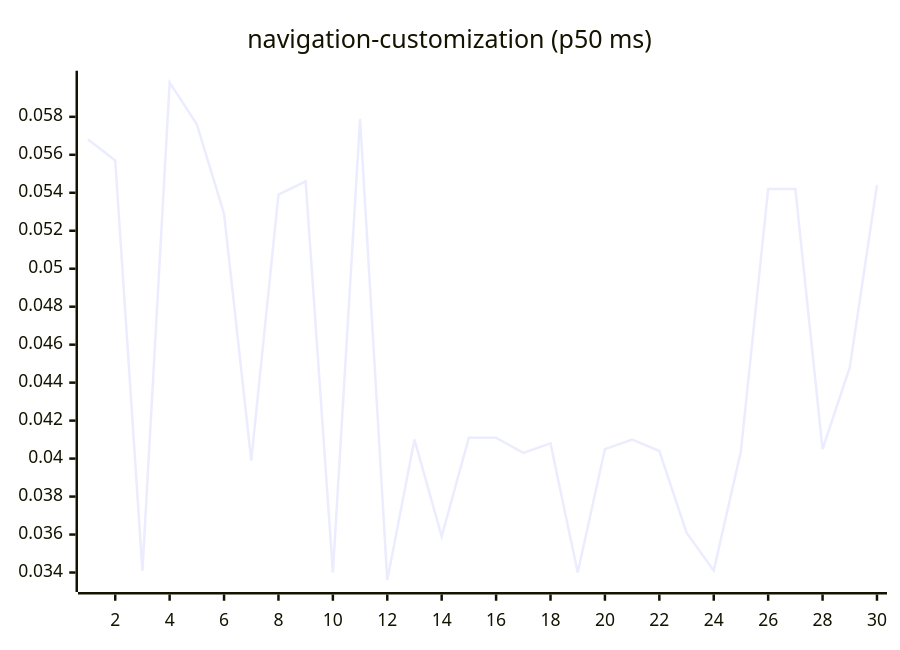
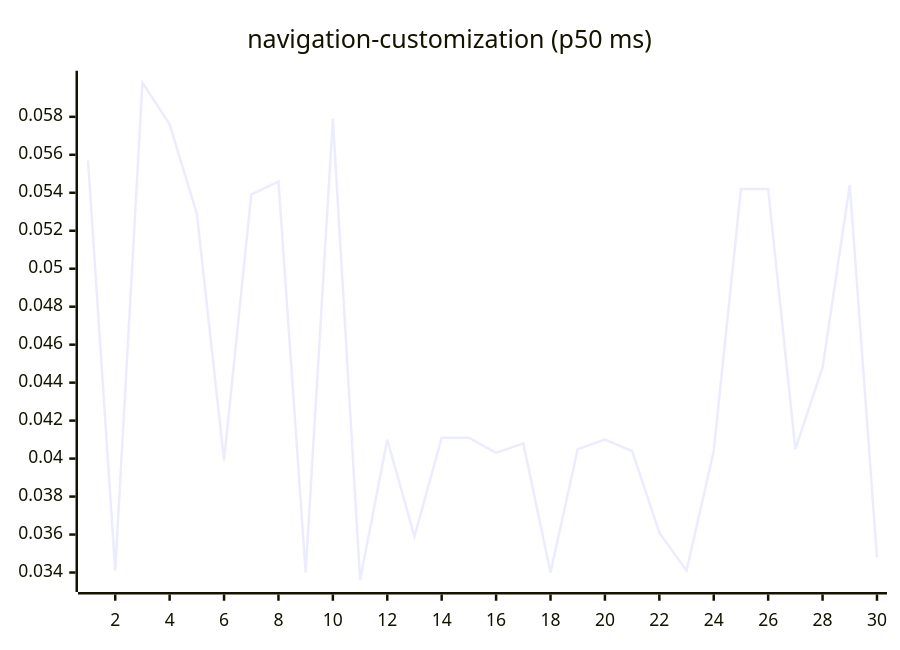
One commit to josha/Facet changed diagram 15 of 27 in README.md. Above: the diagram before and after it, drawn with Mermaid. The commit also changed other lines of this file and 2 other files, not shown here.

````diff
--- a/README.md
+++ b/README.md
@@ -161,6 +161,6 @@
 ```mermaid
 xychart-beta
     title "navigation-customization (p50 ms)"
     x-axis 1 --> 30
-    line [0.0568, 0.0557, 0.0341, 0.0598, 0.0576, 0.0529, 0.0399, 0.0539, 0.0546, 0.0340, 0.0579, 0.0336, 0.0410, 0.0359, 0.0411, 0.0411, 0.0403, 0.0408, 0.0340, 0.0405, 0.0410, 0.0404, 0.0361, 0.0341, 0.0404, 0.0542, 0.0542, 0.0405, 0.0448, 0.0544]
+    line [0.0557, 0.0341, 0.0598, 0.0576, 0.0529, 0.0399, 0.0539, 0.0546, 0.0340, 0.0579, 0.0336, 0.0410, 0.0359, 0.0411, 0.0411, 0.0403, 0.0408, 0.0340, 0.0405, 0.0410, 0.0404, 0.0361, 0.0341, 0.0404, 0.0542, 0.0542, 0.0405, 0.0448, 0.0544, 0.0348]
 ```
````
